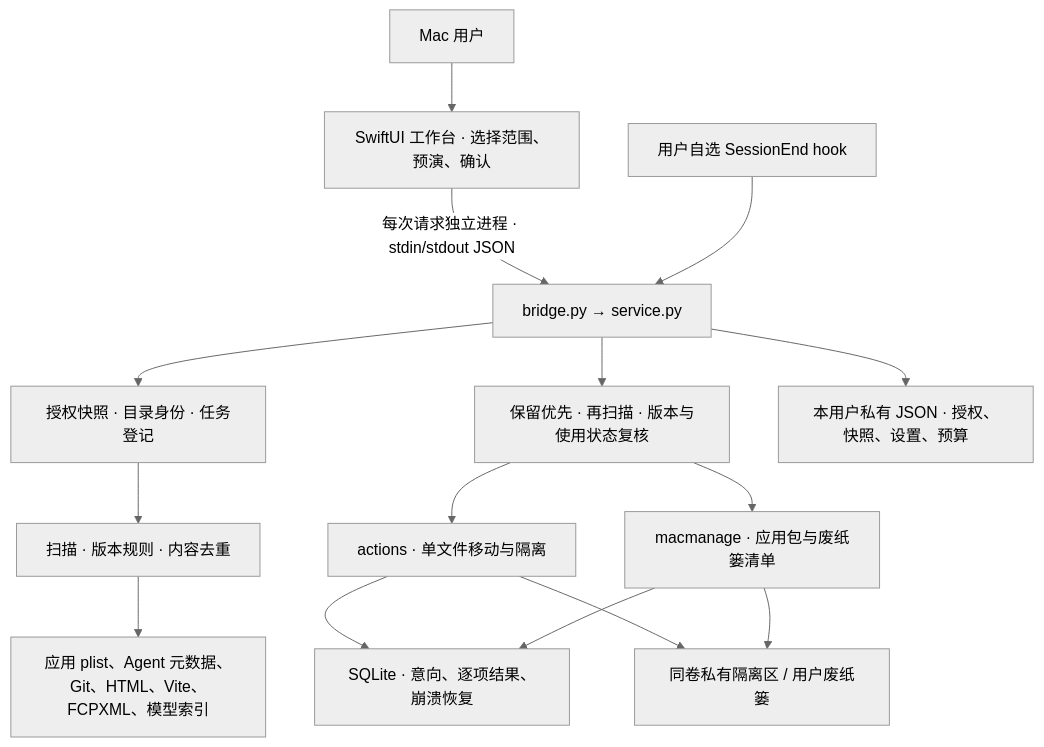
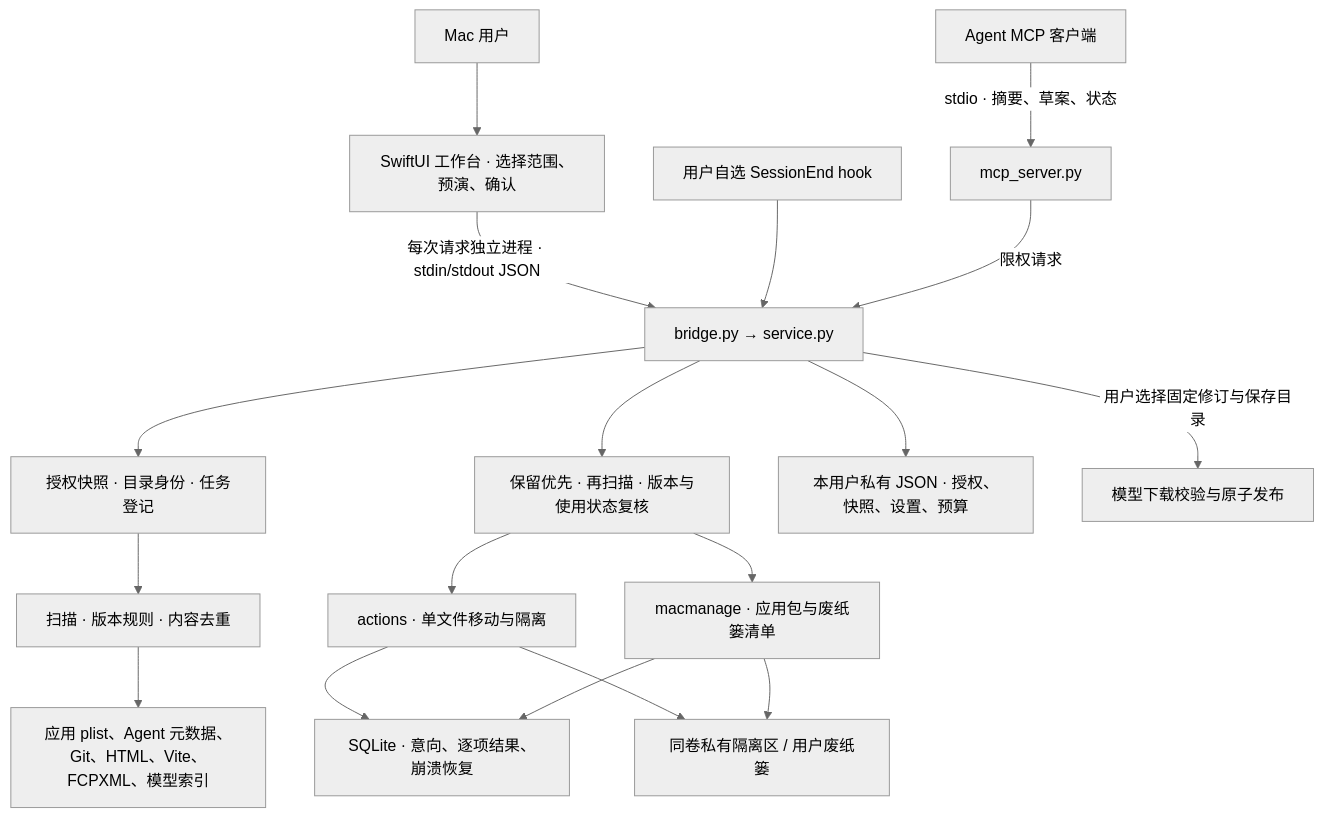
The first of 7 diagrams in docs/技术方案.md (Moosphan/lumen), drawn with Mermaid (neutral theme) before and after one commit. The commit also changed other lines of this file and 27 other files, not shown here.

````diff
--- a/docs/技术方案.md
+++ b/docs/技术方案.md
@@ -9,17 +9,20 @@
 ```mermaid
 flowchart TB
     User["Mac 用户"] --> UI["SwiftUI 工作台 · 选择范围、预演、确认"]
     UI -->|"每次请求独立进程 · stdin/stdout JSON"| API["bridge.py → service.py"]
     Hook["用户自选 SessionEnd hook"] --> API
+    Client["Agent MCP 客户端"] -->|"stdio · 摘要、草案、状态"| MCP["mcp_server.py"]
+    MCP -->|"限权请求"| API
     API --> Scope["授权快照 · 目录身份 · 任务登记"]
     Scope --> Scan["扫描 · 版本规则 · 内容去重"]
     Scan --> Adapt["应用 plist、Agent 元数据、Git、HTML、Vite、FCPXML、模型索引"]
     API --> Policy["保留优先 · 再扫描 · 版本与使用状态复核"]
     Policy --> Files["actions · 单文件移动与隔离"]
     Policy --> Apps["macmanage · 应用包与废纸篓清单"]
     Files --> Journal["SQLite · 意向、逐项结果、崩溃恢复"]
     Apps --> Journal
     API --> Store["本用户私有 JSON · 授权、快照、设置、预算"]
     Files --> Vault["同卷私有隔离区 / 用户废纸篓"]
     Apps --> Vault
+    API -->|"用户选择固定修订与保存目录"| Recovery["模型下载校验与原子发布"]
 ```
````
